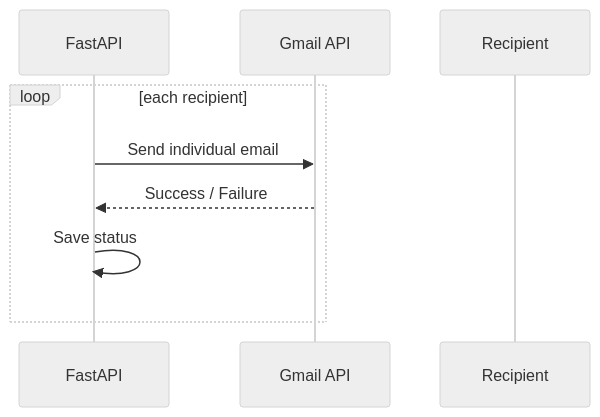
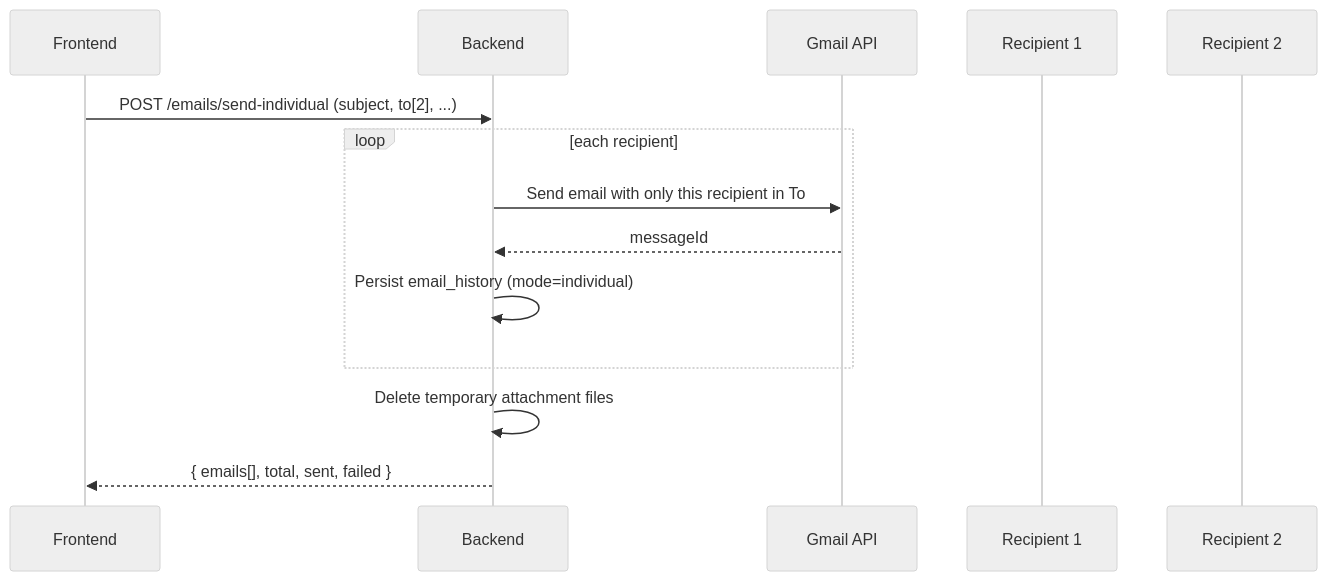
One commit to Bhupi2508/mailpilot-ai changed the fourth of 6 diagrams in docs/02-system-design.md. Above: the diagram before and after it, drawn with Mermaid (neutral theme). The commit also changed other lines of this file and 64 other files, not shown here.

Commit message:
feat: integrate Google OAuth, Gmail API flow, Express backend improvements, API redesign, and documentation

````diff
--- a/docs/02-system-design.md
+++ b/docs/02-system-design.md
@@ -38,11 +76,17 @@
 ```mermaid
 sequenceDiagram
-    participant F as FastAPI
+    participant F as Frontend
+    participant B as Backend
     participant G as Gmail API
-    participant E as Recipient
+    participant R1 as Recipient 1
+    participant R2 as Recipient 2
+
+    F->>B: POST /emails/send-individual (subject, to[2], ...)
     loop each recipient
-        F->>G: Send individual email
-        G-->>F: Success / Failure
-        F->>F: Save status
+        B->>G: Send email with only this recipient in To
+        G-->>B: messageId
+        B->>B: Persist email_history (mode=individual)
     end
+    B->>B: Delete temporary attachment files
+    B-->>F: { emails[], total, sent, failed }
 ```
````
